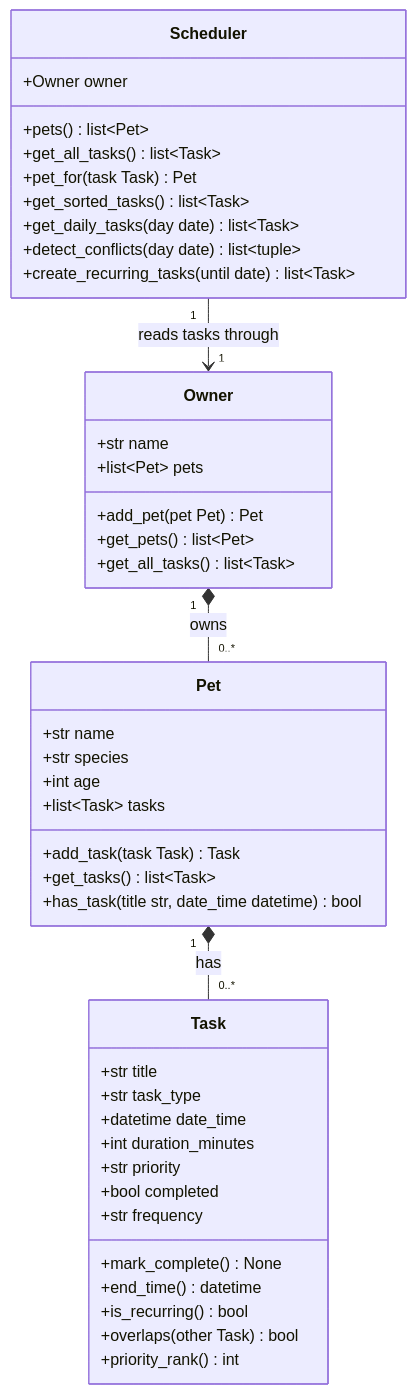
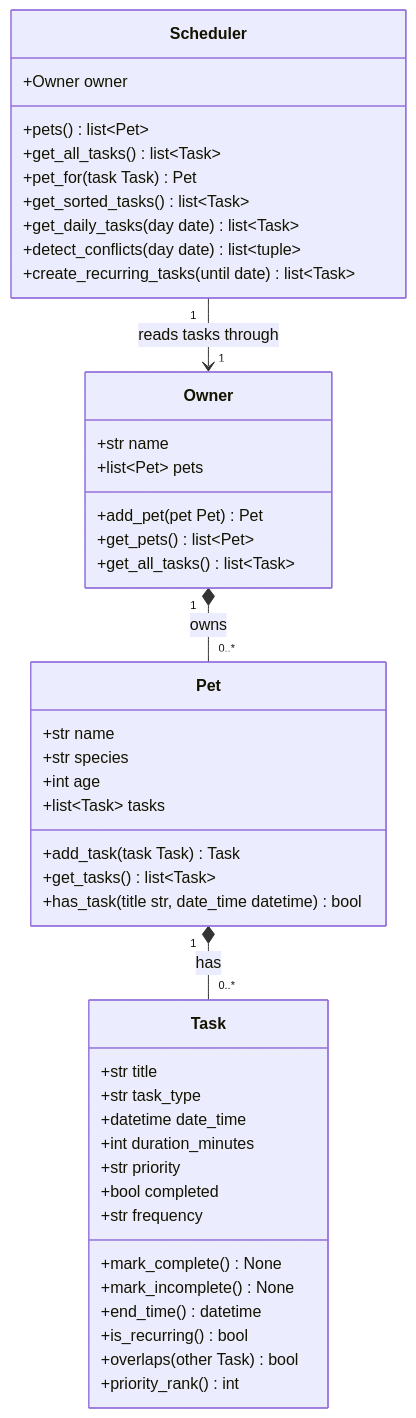
Before and after one commit to michaelamoarthur29/ai110-module2show-pawpal-starter: the diagram in diagrams/uml.mmd, drawn with Mermaid. The commit also changed 4 other files, not shown here.

```diff
--- a/diagrams/uml.mmd
+++ b/diagrams/uml.mmd
@@ -1,52 +1,53 @@
 classDiagram
     %% PawPal+ — matches the implementation in pawpal_system.py
 
     class Owner {
         +str name
         +list~Pet~ pets
         +add_pet(pet Pet) Pet
         +get_pets() list~Pet~
         +get_all_tasks() list~Task~
     }
 
     class Pet {
         +str name
         +str species
         +int age
         +list~Task~ tasks
         +add_task(task Task) Task
         +get_tasks() list~Task~
         +has_task(title str, date_time datetime) bool
     }
 
     %% Task.priority: "high" | "medium" | "low"
     %% Task.frequency: "none" | "daily" | "weekly"
     class Task {
         +str title
         +str task_type
         +datetime date_time
         +int duration_minutes
         +str priority
         +bool completed
         +str frequency
         +mark_complete() None
+        +mark_incomplete() None
         +end_time() datetime
         +is_recurring() bool
         +overlaps(other Task) bool
         +priority_rank() int
     }
 
     class Scheduler {
         +Owner owner
         +pets() list~Pet~
         +get_all_tasks() list~Task~
         +pet_for(task Task) Pet
         +get_sorted_tasks() list~Task~
         +get_daily_tasks(day date) list~Task~
         +detect_conflicts(day date) list~tuple~
         +create_recurring_tasks(until date) list~Task~
     }
 
     Owner "1" *-- "0..*" Pet : owns
     Pet "1" *-- "0..*" Task : has
     Scheduler "1" --> "1" Owner : reads tasks through
```
